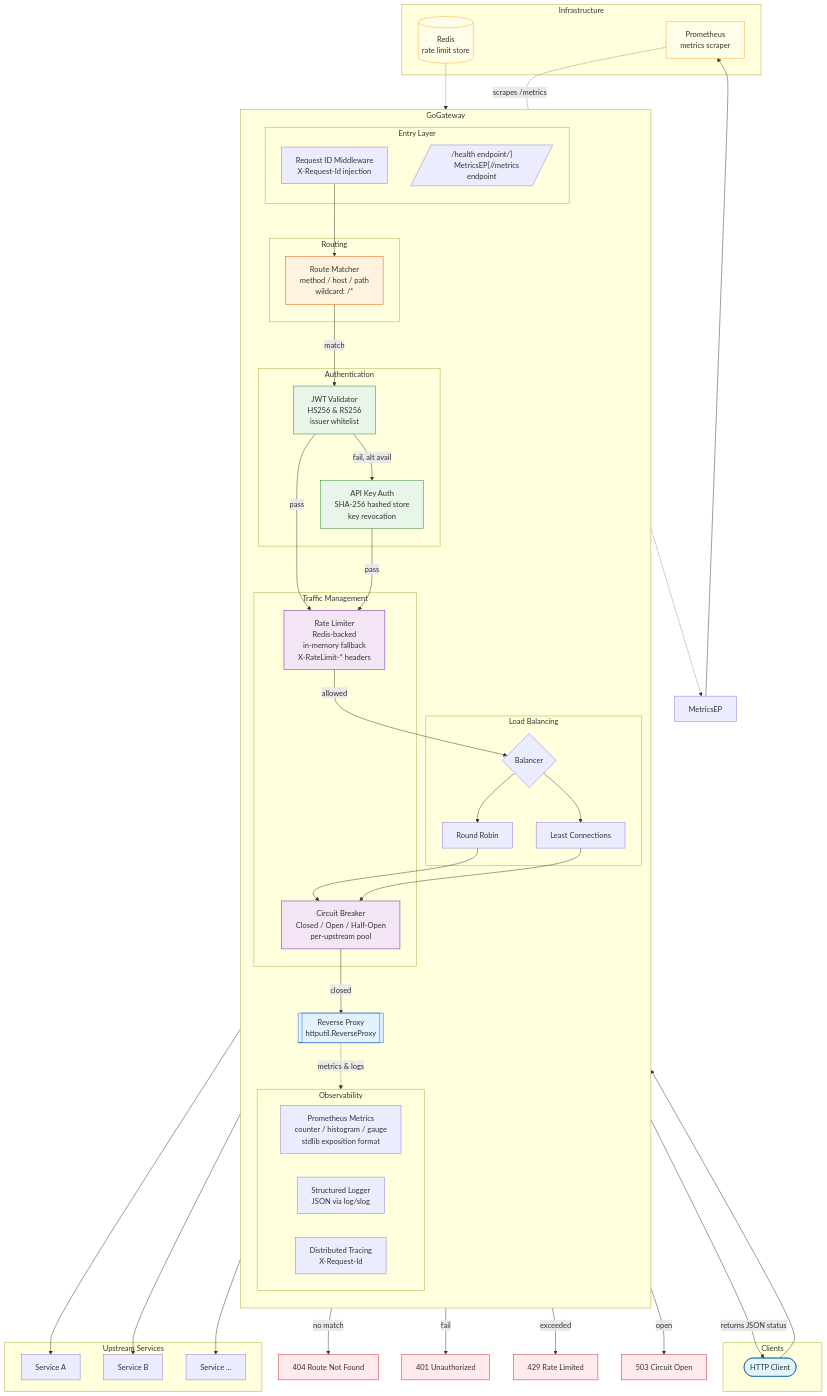
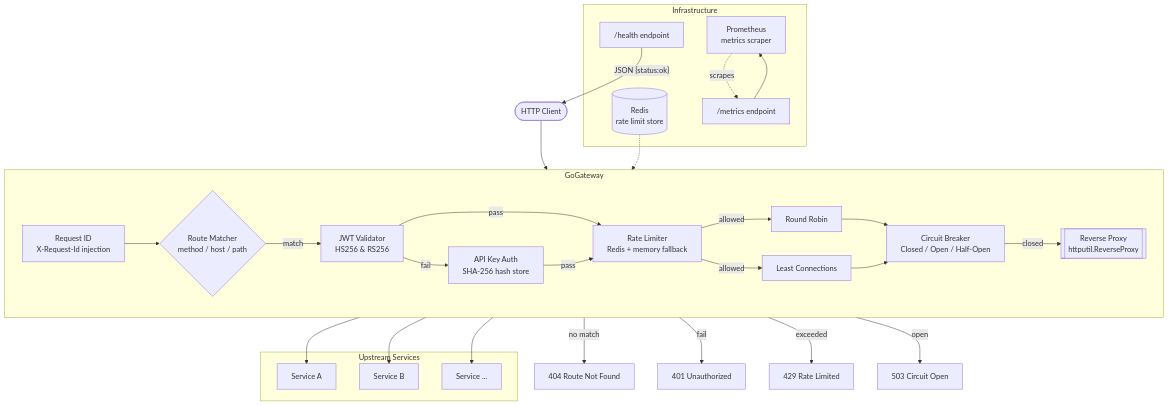
The first of 3 diagrams in README.md (ahmadkhidir/gogateway), drawn with Mermaid before and after one commit. The commit also changed other lines of this file, not shown here.

Commit message:
fix: Fix Mermaid diagram syntax for GitHub renderer compatibility
- Rewrote main architecture diagram: graph TB -> flowchart TB, removed
  nested subgraphs with direction directives, removed node styling
- Fixed state diagram: used state aliases (s1, s2, s3) with hyphenated
  display names instead of compound tokens

````diff
--- a/README.md
+++ b/README.md
@@ -56,96 +56,54 @@
 ```mermaid
-graph TB
-  subgraph Clients["Clients"]
-    Client([HTTP Client])
-  end
+flowchart TB
+  Client(["HTTP Client"])
 
-  subgraph GoGateway["GoGateway"]
-    direction TB
-
-    subgraph Entry["Entry Layer"]
-      Health[/"/health endpoint/]
-      MetricsEP[/"/metrics endpoint/]
-      ReqID[Request ID Middleware\nX-Request-Id injection]
-    end
-
-    subgraph Router["Routing"]
-      RouterMod[Route Matcher\nmethod / host / path\nwildcard: /*]
-    end
-
-    subgraph Auth["Authentication"]
-      JWT[JWT Validator\nHS256 & RS256\nissuer whitelist]
-      APIKey[API Key Auth\nSHA-256 hashed store\nkey revocation]
-    end
-
-    subgraph Traffic["Traffic Management"]
-      RateLim[Rate Limiter\nRedis-backed\nin-memory fallback\nX-RateLimit-* headers]
-      CB[Circuit Breaker\nClosed / Open / Half-Open\nper-upstream pool]
-    end
-
-    subgraph LB["Load Balancing"]
-      Balancer{Balancer}
-      RR[Round Robin]
-      LC[Least Connections]
-    end
-
-    subgraph Observability["Observability"]
-      PromMetrics[Prometheus Metrics\ncounter / histogram / gauge\nstdlib exposition format]
-      Logger[Structured Logger\nJSON via log/slog]
-      Tracing[Distributed Tracing\nX-Request-Id]
-    end
-
-    Proxy[[Reverse Proxy\nhttputil.ReverseProxy]]
+  subgraph Gateway["GoGateway"]
+    direction LR
+    ReqID["Request ID\nX-Request-Id injection"]
+    RouterMod{"Route Matcher\nmethod / host / path"}
+    JWT["JWT Validator\nHS256 & RS256"]
+    APIKey["API Key Auth\nSHA-256 hash store"]
+    RateLim["Rate Limiter\nRedis + memory fallback"]
+    CB["Circuit Breaker\nClosed / Open / Half-Open"]
+    RR["Round Robin"]
+    LC["Least Connections"]
+    Proxy[["Reverse Proxy\nhttputil.ReverseProxy"]]
   end
 
   subgraph Infra["Infrastructure"]
-    Redis[(Redis\nrate limit store)]
-    PromServer[Prometheus\nmetrics scraper]
+    Redis[("Redis\nrate limit store")]
+    PromServer["Prometheus\nmetrics scraper"]
+    HealthEP["/health endpoint"]
+    MetricsEP["/metrics endpoint"]
   end
 
   subgraph Upstreams["Upstream Services"]
-    Svc1[Service A]
-    Svc2[Service B]
-    SvcN[Service ...]
+    Svc1["Service A"]
+    Svc2["Service B"]
+    SvcN["Service ..."]
   end
 
   Client --> ReqID
   ReqID --> RouterMod
-  RouterMod -->|no match| Error1[404 Route Not Found]
+  RouterMod -->|no match| Err404["404 Route Not Found"]
   RouterMod -->|match| JWT
-  JWT -->|fail, alt avail| APIKey
   JWT -->|pass| RateLim
+  JWT -->|fail| APIKey
   APIKey -->|pass| RateLim
-  APIKey -->|fail| Error2[401 Unauthorized]
-  RateLim -->|exceeded| Error3[429 Rate Limited]
-  RateLim -->|allowed| Balancer
-  Balancer --> RR
-  Balancer --> LC
+  APIKey -->|fail| Err401["401 Unauthorized"]
+  RateLim -->|exceeded| Err429["429 Rate Limited"]
+  RateLim -->|allowed| RR
+  RateLim -->|allowed| LC
   RR --> CB
   LC --> CB
-  CB -->|open| Error4[503 Circuit Open]
+  CB -->|open| Err503["503 Circuit Open"]
   CB -->|closed| Proxy
   Proxy --> Svc1
   Proxy --> Svc2
   Proxy --> SvcN
-  Proxy -.->|metrics & logs| Observability
 
   Redis -.-> RateLim
-  PromServer -.->|scrapes /metrics| MetricsEP
-
-  Health -->|returns JSON status| Client
+  PromServer -.->|scrapes| MetricsEP
+  HealthEP -->|"JSON {status:ok}"| Client
   MetricsEP --> PromServer
-
-  style Client fill:#e1f5fe,stroke:#01579b
-  style Error1 fill:#ffebee,stroke:#c62828
-  style Error2 fill:#ffebee,stroke:#c62828
-  style Error3 fill:#ffebee,stroke:#c62828
-  style Error4 fill:#ffebee,stroke:#c62828
-  style RouterMod fill:#fff3e0,stroke:#e65100
-  style JWT fill:#e8f5e9,stroke:#2e7d32
-  style APIKey fill:#e8f5e9,stroke:#2e7d32
-  style RateLim fill:#f3e5f5,stroke:#6a1b9a
-  style CB fill:#f3e5f5,stroke:#6a1b9a
-  style Proxy fill:#e3f2fd,stroke:#1565c0
-  style Redis fill:#fffde7,stroke:#f9a825
-  style PromServer fill:#fffde7,stroke:#f9a825
 ```
````
